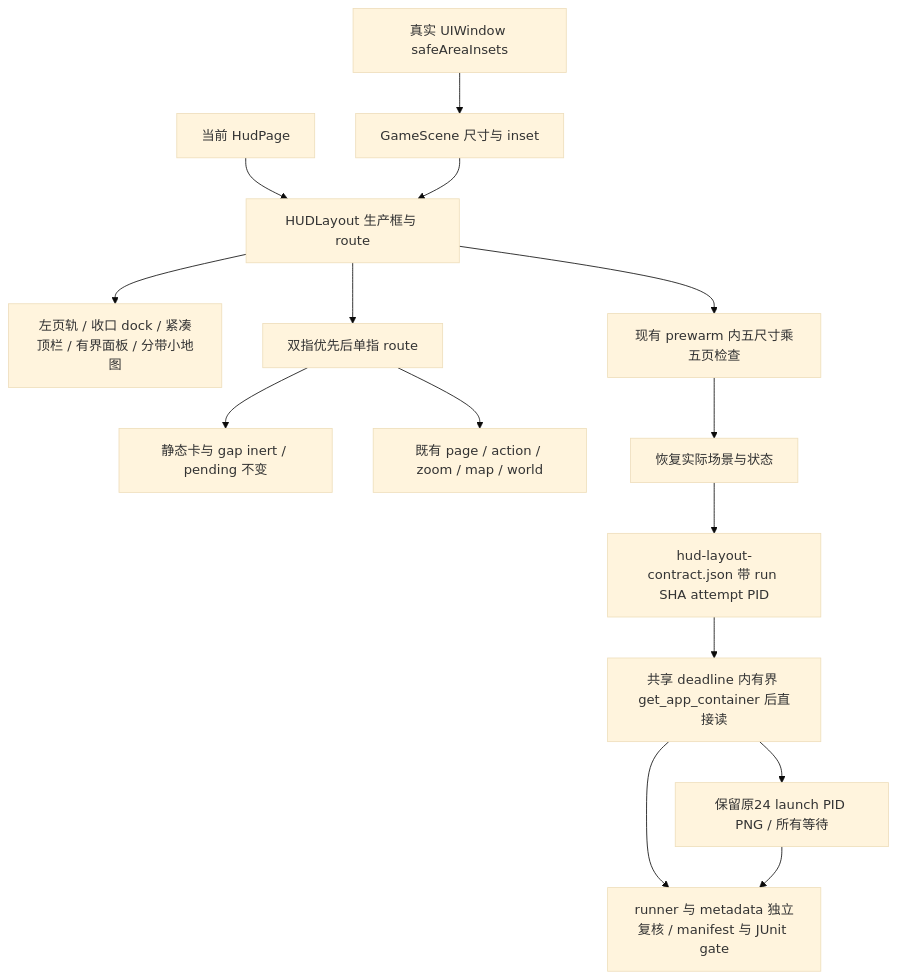
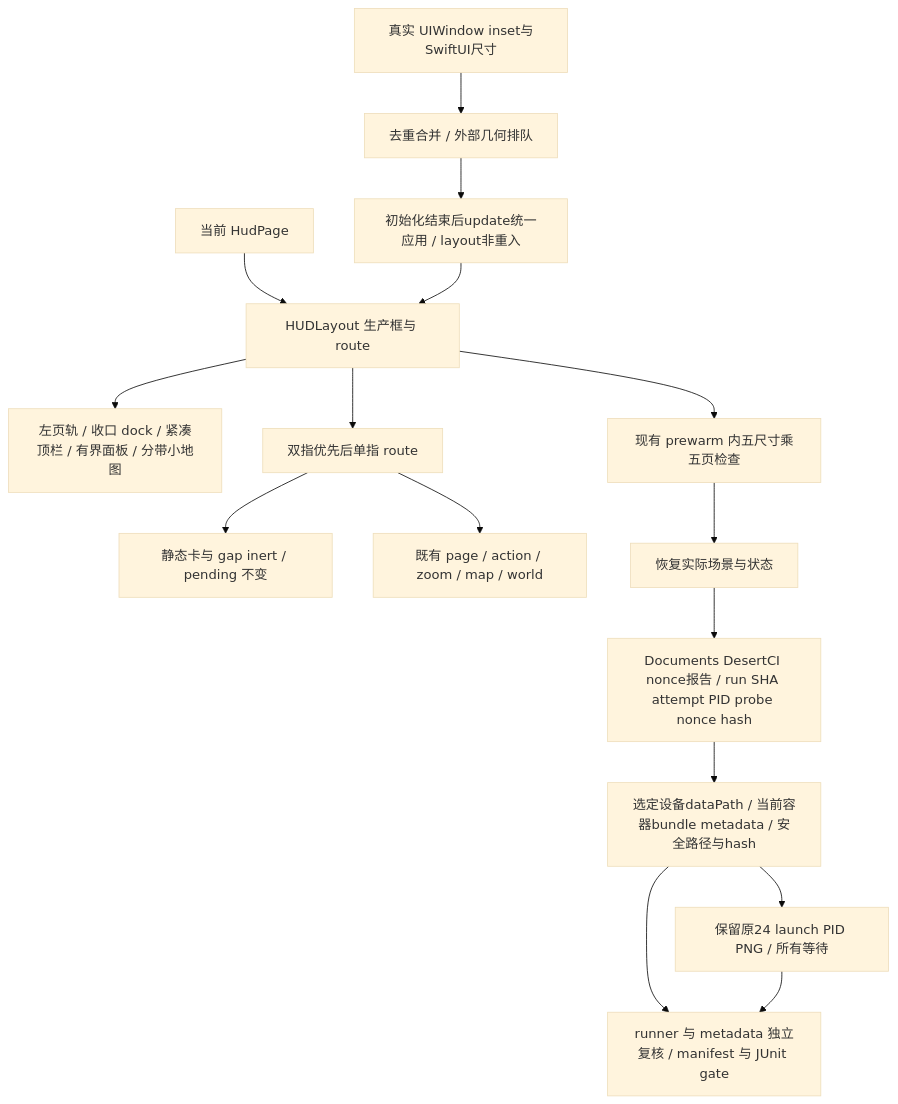
The fourth of 6 diagrams in md/flow/flowchart.md (Altman-sam114/1145), drawn with Mermaid (base theme) before and after one commit. The commit also changed other lines of this file and 11 other files, not shown here.

````diff
--- a/md/flow/flowchart.md
+++ b/md/flow/flowchart.md
@@ -193,17 +193,18 @@
 ```mermaid
 flowchart TD
-  Window[真实 UIWindow safeAreaInsets] --> SceneInsets[GameScene 尺寸与 inset]
+  Window[真实 UIWindow inset与SwiftUI尺寸] --> Pending[去重合并 / 外部几何排队]
+  Pending --> SceneInsets[初始化结束后update统一应用 / layout非重入]
   Page[当前 HudPage] --> Layout[HUDLayout 生产框与 route]
   SceneInsets --> Layout
   Layout --> Draw[左页轨 / 收口 dock / 紧凑顶栏 / 有界面板 / 分带小地图]
   Layout --> Touch[双指优先后单指 route]
   Touch --> Inert[静态卡与 gap inert / pending 不变]
   Touch --> Command[既有 page / action / zoom / map / world]
   Layout --> SwiftContract[现有 prewarm 内五尺寸乘五页检查]
   SwiftContract --> Restore[恢复实际场景与状态]
-  Restore --> JSON[hud-layout-contract.json 带 run SHA attempt PID]
-  JSON --> Read[共享 deadline 内有界 get_app_container 后直接读]
+  Restore --> JSON[Documents DesertCI nonce报告 / run SHA attempt PID probe nonce hash]
+  JSON --> Read[选定设备dataPath / 当前容器bundle metadata / 安全路径与hash]
   Read --> Gate[runner 与 metadata 独立复核 / manifest 与 JUnit gate]
   Read --> Capture[保留原24 launch PID PNG / 所有等待]
   Capture --> Gate
 ```
````
